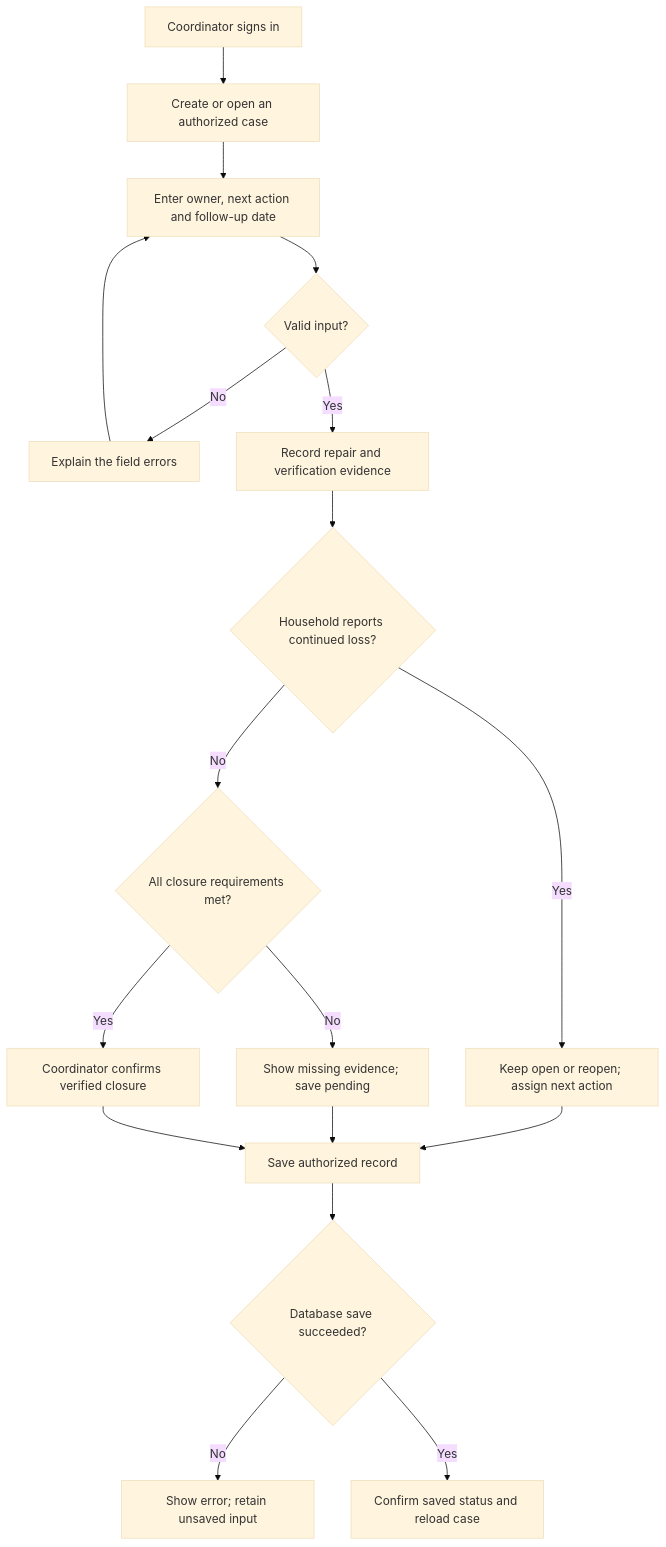
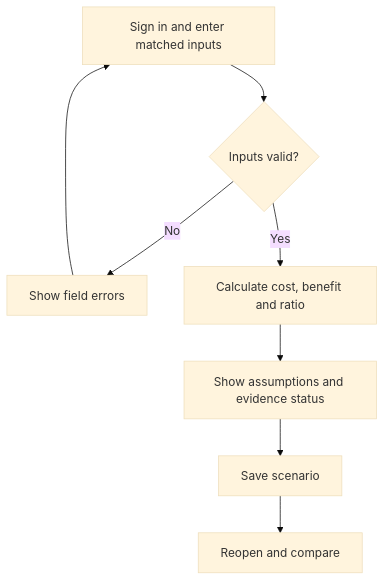
Before and after one commit to isabellazevada/agua-en-seguimiento: the first of 2 diagrams in docs/PACKET.md, drawn with Mermaid (base theme). The commit also changed other lines of this file and 2 other files, not shown here.

````diff
--- a/docs/PACKET.md
+++ b/docs/PACKET.md
@@ -96,20 +51,9 @@
 ```mermaid
 flowchart TD
-    A["Coordinator signs in"] --> B["Create or open an authorized case"]
-    B --> C["Enter owner, next action and follow-up date"]
-    C --> D{"Valid input?"}
-    D -- No --> E["Explain the field errors"]
-    E --> C
-    D -- Yes --> F["Record repair and verification evidence"]
-    F --> G{"Household reports continued loss?"}
-    G -- Yes --> H["Keep open or reopen; assign next action"]
-    G -- No --> I{"All closure requirements met?"}
-    I -- No --> J["Show missing evidence; save pending"]
-    I -- Yes --> K["Coordinator confirms verified closure"]
-    H --> L["Save authorized record"]
-    J --> L
-    K --> L
-    L --> M{"Database save succeeded?"}
-    M -- No --> N["Show error; retain unsaved input"]
-    M -- Yes --> O["Confirm saved status and reload case"]
+  A["Sign in and enter matched inputs"] --> B{"Inputs valid?"}
+  B -- "No" --> C["Show field errors"] --> A
+  B -- "Yes" --> D["Calculate cost, benefit and ratio"]
+  D --> E["Show assumptions and evidence status"]
+  E --> F["Save scenario"]
+  F --> G["Reopen and compare"]
 ```
````
